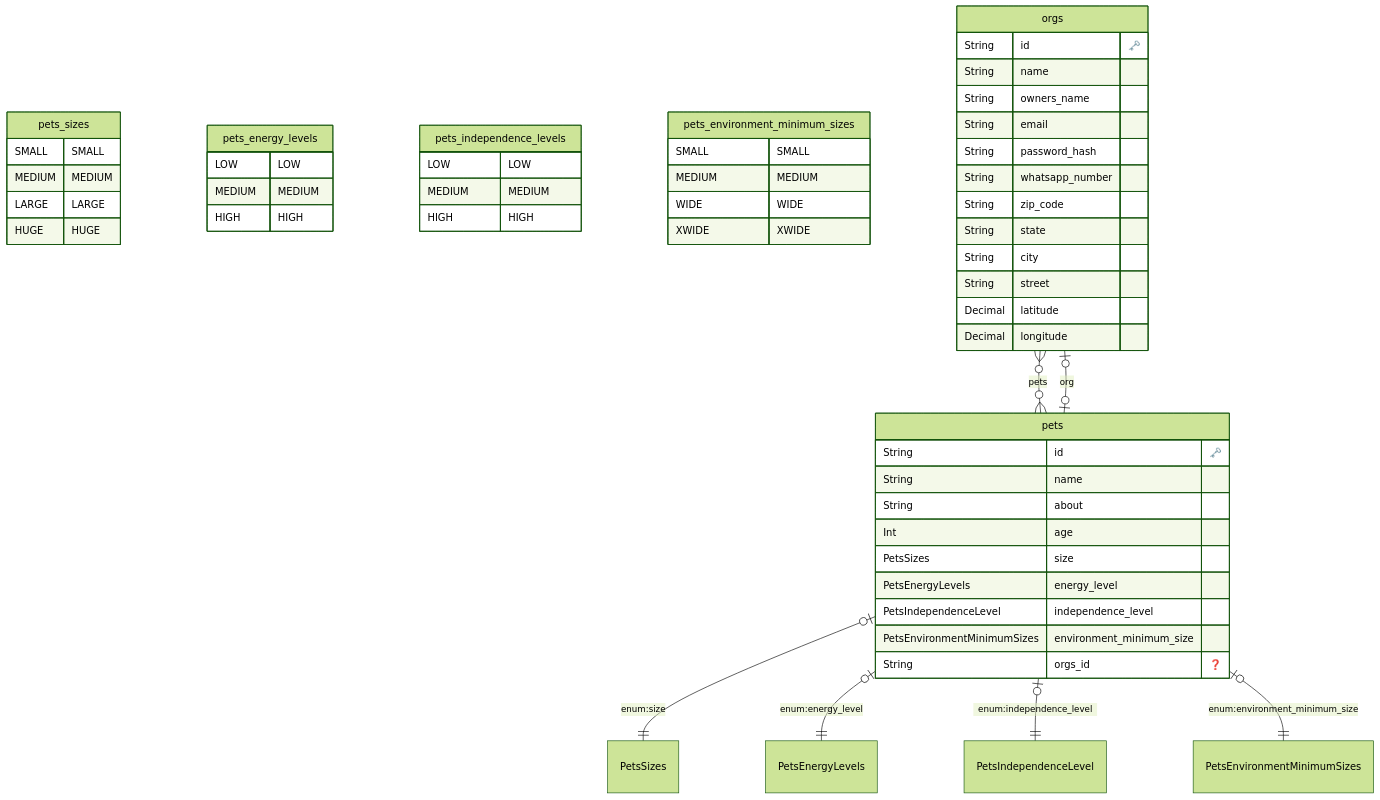
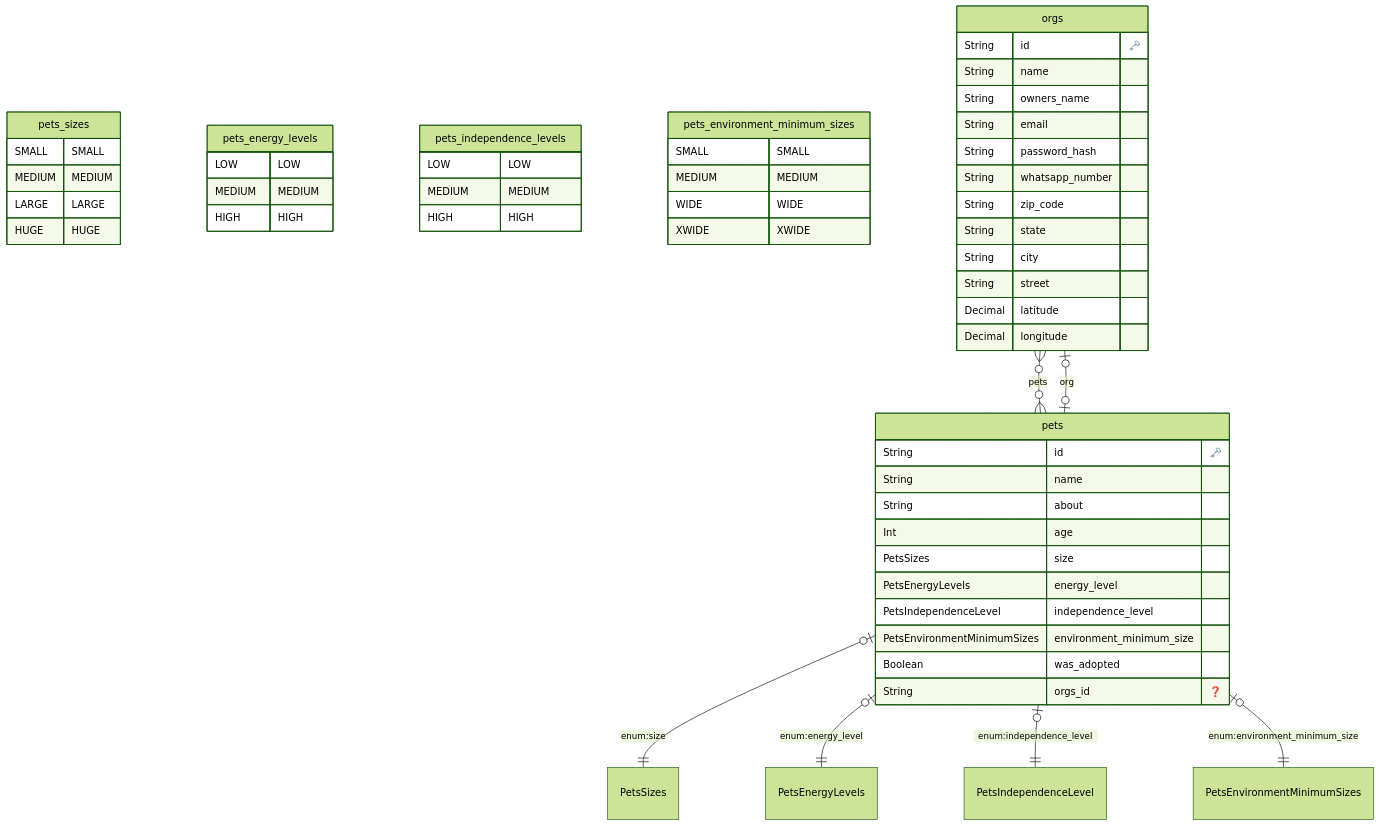
One commit to eddyyxxyy/find-a-friend-api changed the diagram in docs/prisma/ERD.md. Above: the diagram before and after it, drawn with Mermaid (forest theme). The commit also changed 3 other files, not shown here.

Commit message:
refactor(database): :card_file_box: adds `was_adopted` column in Pet model/table

````diff
--- a/docs/prisma/ERD.md
+++ b/docs/prisma/ERD.md
@@ -1,70 +1,71 @@
 ```mermaid
 erDiagram
 
         pets_sizes {
             SMALL SMALL
 MEDIUM MEDIUM
 LARGE LARGE
 HUGE HUGE
         }
     
 
 
         pets_energy_levels {
             LOW LOW
 MEDIUM MEDIUM
 HIGH HIGH
         }
     
 
 
         pets_independence_levels {
             LOW LOW
 MEDIUM MEDIUM
 HIGH HIGH
         }
     
 
 
         pets_environment_minimum_sizes {
             SMALL SMALL
 MEDIUM MEDIUM
 WIDE WIDE
 XWIDE XWIDE
         }
     
   "orgs" {
     String id "🗝️"
     String name 
     String owners_name 
     String email 
     String password_hash 
     String whatsapp_number 
     String zip_code 
     String state 
     String city 
     String street 
     Decimal latitude 
     Decimal longitude 
     }
   
 
   "pets" {
     String id "🗝️"
     String name 
     String about 
     Int age 
     PetsSizes size 
     PetsEnergyLevels energy_level 
     PetsIndependenceLevel independence_level 
     PetsEnvironmentMinimumSizes environment_minimum_size 
+    Boolean was_adopted 
     String orgs_id "❓"
     }
   
     "orgs" o{--}o "pets" : "pets"
     "pets" o|--|| "PetsSizes" : "enum:size"
     "pets" o|--|| "PetsEnergyLevels" : "enum:energy_level"
     "pets" o|--|| "PetsIndependenceLevel" : "enum:independence_level"
     "pets" o|--|| "PetsEnvironmentMinimumSizes" : "enum:environment_minimum_size"
     "pets" o|--|o "orgs" : "org"
 ```
````
